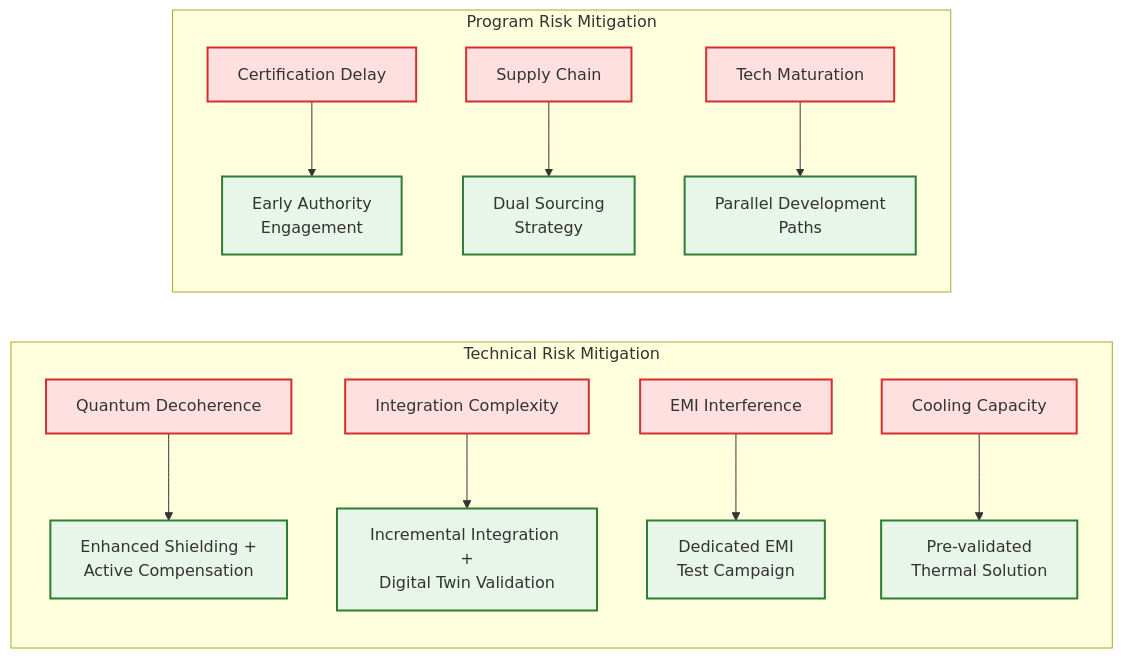
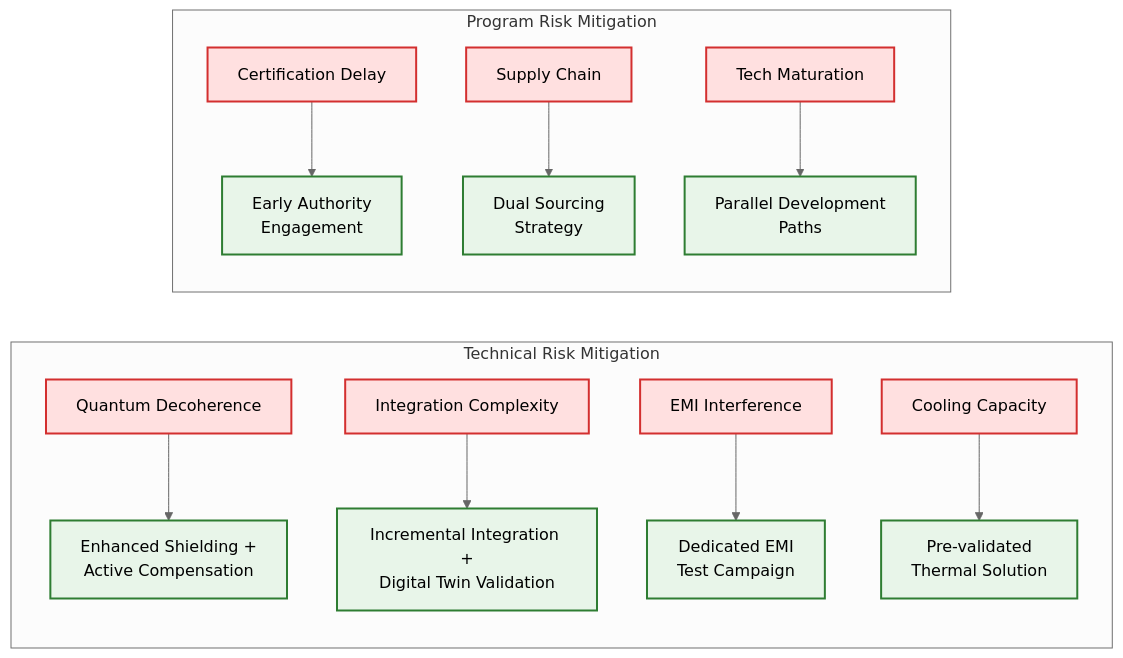
The seventh of 7 diagrams in PRODUCT_LINES/QUANTUM/QUANTUM_SOFTWARE/DESIGN/QNS_NAVIGATION/DES_INTEGRATION/QUA-QNS01-25SVD0001-DES-BOB-IND-TD-QCSAA-918-000-00-01-TPL-DES-220-QIND-v1.0.0.md (Robbbo-T/A-Q-U-A_V), drawn with Mermaid before and after one commit. The commit also changed other lines of this file, not shown here.

````diff
--- a/PRODUCT_LINES/QUANTUM/QUANTUM_SOFTWARE/DESIGN/QNS_NAVIGATION/DES_INTEGRATION/QUA-QNS01-25SVD0001-DES-BOB-IND-TD-QCSAA-918-000-00-01-TPL-DES-220-QIND-v1.0.0.md
+++ b/PRODUCT_LINES/QUANTUM/QUANTUM_SOFTWARE/DESIGN/QNS_NAVIGATION/DES_INTEGRATION/QUA-QNS01-25SVD0001-DES-BOB-IND-TD-QCSAA-918-000-00-01-TPL-DES-220-QIND-v1.0.0.md
@@ -488,22 +494,23 @@
 ```mermaid
+%%{init: {'theme':'neutral', 'themeVariables': {'primaryTextColor':'#000', 'fontFamily':'Arial, sans-serif'}}}%%
 flowchart LR
     subgraph "Technical Risk Mitigation"
         TR1[Quantum Decoherence] --> MIT1[Enhanced Shielding +<br/>Active Compensation]
         TR2[Integration Complexity] --> MIT2[Incremental Integration +<br/>Digital Twin Validation]
         TR3[EMI Interference] --> MIT3[Dedicated EMI<br/>Test Campaign]
         TR4[Cooling Capacity] --> MIT4[Pre-validated<br/>Thermal Solution]
     end
     
     subgraph "Program Risk Mitigation"
         PR1[Certification Delay] --> MIT5[Early Authority<br/>Engagement]
         PR2[Supply Chain] --> MIT6[Dual Sourcing<br/>Strategy]
         PR3[Tech Maturation] --> MIT7[Parallel Development<br/>Paths]
     end
     
     %% Styling
-    classDef risk fill:#ffe0e0,stroke:#d32f2f,stroke-width:2px
-    classDef mitigation fill:#e8f5e9,stroke:#2e7d32,stroke-width:2px
+    classDef risk fill:#ffe0e0,stroke:#d32f2f,stroke-width:2px,color:#000
+    classDef mitigation fill:#e8f5e9,stroke:#2e7d32,stroke-width:2px,color:#000
     
     class TR1,TR2,TR3,TR4,PR1,PR2,PR3 risk
     class MIT1,MIT2,MIT3,MIT4,MIT5,MIT6,MIT7 mitigation
 ```
````
